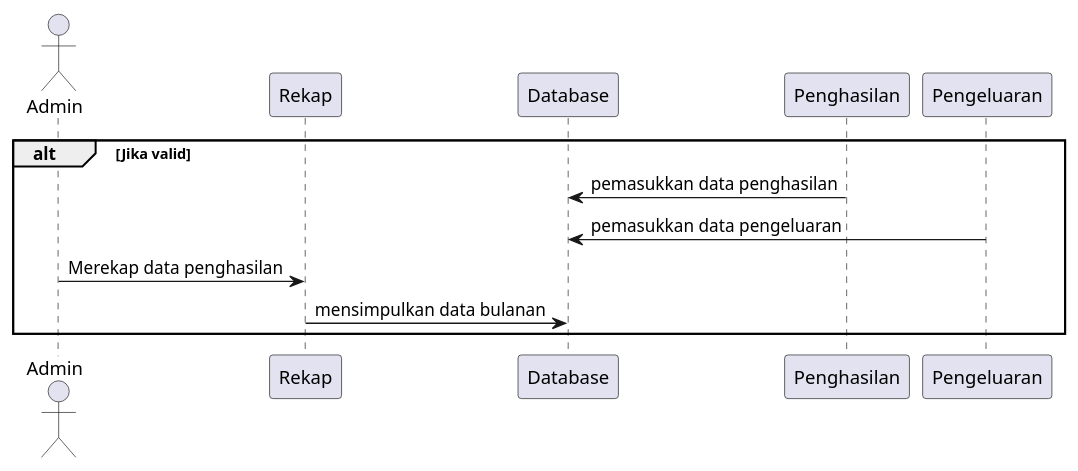
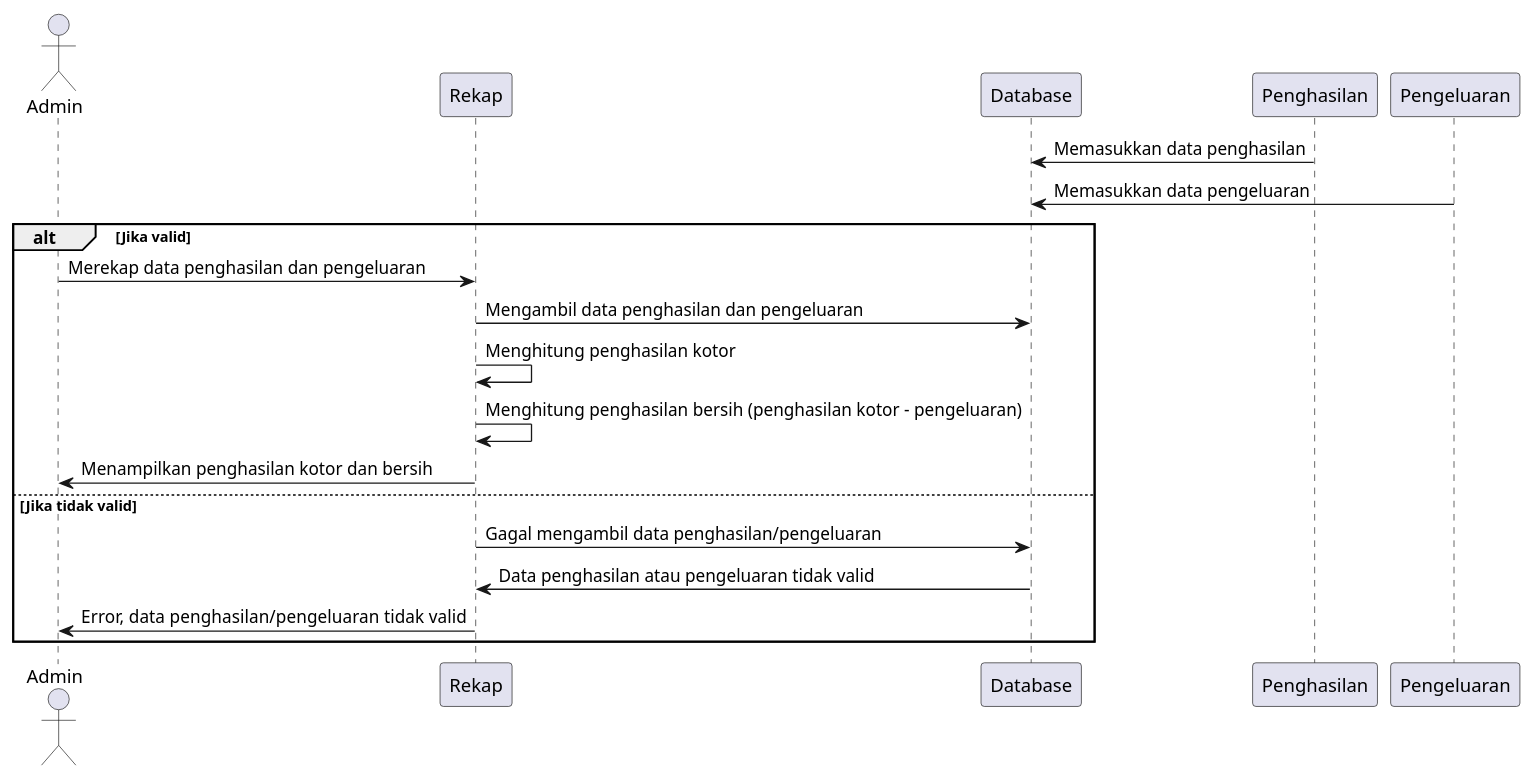
The diagram in rekapsequence.puml (AzmiAli96/projek), drawn with PlantUML before and after one commit. The commit also changed 4 other files, not shown here.

Commit message:
sequence

```diff
--- a/rekapsequence.puml
+++ b/rekapsequence.puml
@@ -1,18 +1,25 @@
 @startuml
 
-Actor Admin
+actor Admin
 participant Rekap
 participant "Database" as DB
 participant Penghasilan
 participant Pengeluaran
 
+Penghasilan -> DB: Memasukkan data penghasilan
+Pengeluaran -> DB: Memasukkan data pengeluaran
 
 alt Jika valid
-Penghasilan -> DB: pemasukkan data penghasilan
-Pengeluaran -> DB: pemasukkan data pengeluaran
-Admin -> Rekap: Merekap data penghasilan
-Rekap -> DB : mensimpulkan data bulanan 
+    Admin -> Rekap: Merekap data penghasilan dan pengeluaran
+    Rekap -> DB: Mengambil data penghasilan dan pengeluaran
+    Rekap -> Rekap: Menghitung penghasilan kotor
+    Rekap -> Rekap: Menghitung penghasilan bersih (penghasilan kotor - pengeluaran)
+    Rekap -> Admin: Menampilkan penghasilan kotor dan bersih
 
+else Jika tidak valid
+    Rekap -> DB: Gagal mengambil data penghasilan/pengeluaran
+    DB -> Rekap: Data penghasilan atau pengeluaran tidak valid
+    Rekap -> Admin: Error, data penghasilan/pengeluaran tidak valid
+end
 
-end
 @enduml
```
